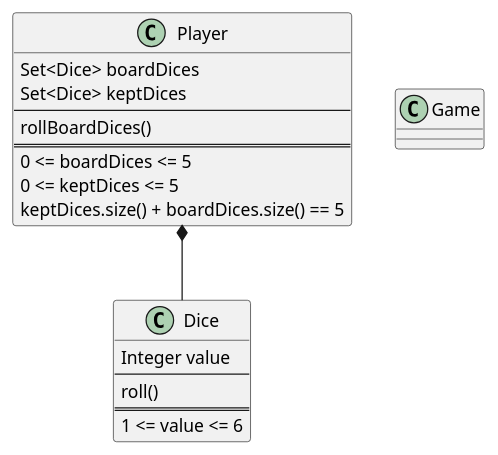
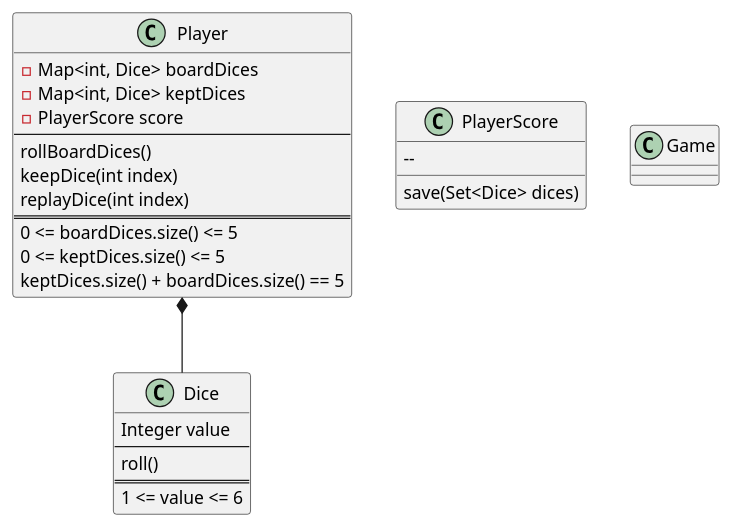
One commit to yanncourtel/Clean-Coder-Journey changed the diagram in 7-Yahtzee/yathzee.puml. Above: the diagram before and after it, drawn with PlantUML.

Commit message:
Added score and some player methods to the diagram

```diff
--- a/7-Yahtzee/yathzee.puml
+++ b/7-Yahtzee/yathzee.puml
@@ -1,25 +1,34 @@
 @startuml
 class Player {
-    Set<Dice> boardDices
-    Set<Dice> keptDices
+    -Map<int, Dice> boardDices
+    -Map<int, Dice> keptDices
+    -PlayerScore score
     --
     rollBoardDices()
+    keepDice(int index)
+    replayDice(int index)
     ==
-    0 <= boardDices <= 5
-    0 <= keptDices <= 5
+    0 <= boardDices.size() <= 5
+    0 <= keptDices.size() <= 5
     keptDices.size() + boardDices.size() == 5
+}
+
+class PlayerScore {
+
+    --
+    save(Set<Dice> dices)
 }
 
 class Dice {
     Integer value
     --
     roll()
     ==
     1 <= value <= 6
 }
 
 class Game
 
 Player *-- Dice
 
 @enduml
```
